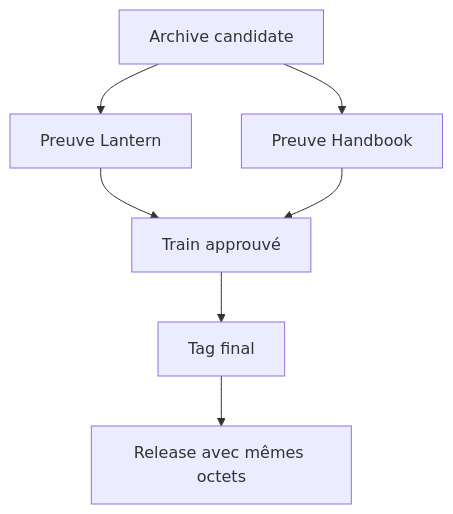
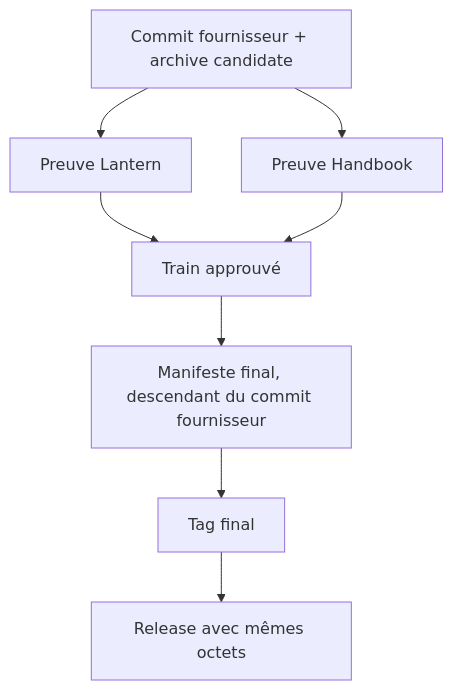
The first of 2 diagrams in aidd_docs/tasks/2026_09/2026_09_23_open-issues-remediation/phase-3.md (RebelliousSmile/schema-adrenaline), drawn with Mermaid before and after one commit. The commit also changed other lines of this file and 1 other file, not shown here.

Commit message:
fix(release): promote candidate from provider commit

````diff
--- a/aidd_docs/tasks/2026_09/2026_09_23_open-issues-remediation/phase-3.md
+++ b/aidd_docs/tasks/2026_09/2026_09_23_open-issues-remediation/phase-3.md
@@ -21,9 +21,10 @@
 ```mermaid
 flowchart TD
-  A[Archive candidate] --> B[Preuve Lantern]
+  A[Commit fournisseur + archive candidate] --> B[Preuve Lantern]
   A --> C[Preuve Handbook]
   B --> D[Train approuvé]
   C --> D
-  D --> E[Tag final]
-  E --> F[Release avec mêmes octets]
+  D --> E[Manifeste final, descendant du commit fournisseur]
+  E --> F[Tag final]
+  F --> G[Release avec mêmes octets]
 ```
````
